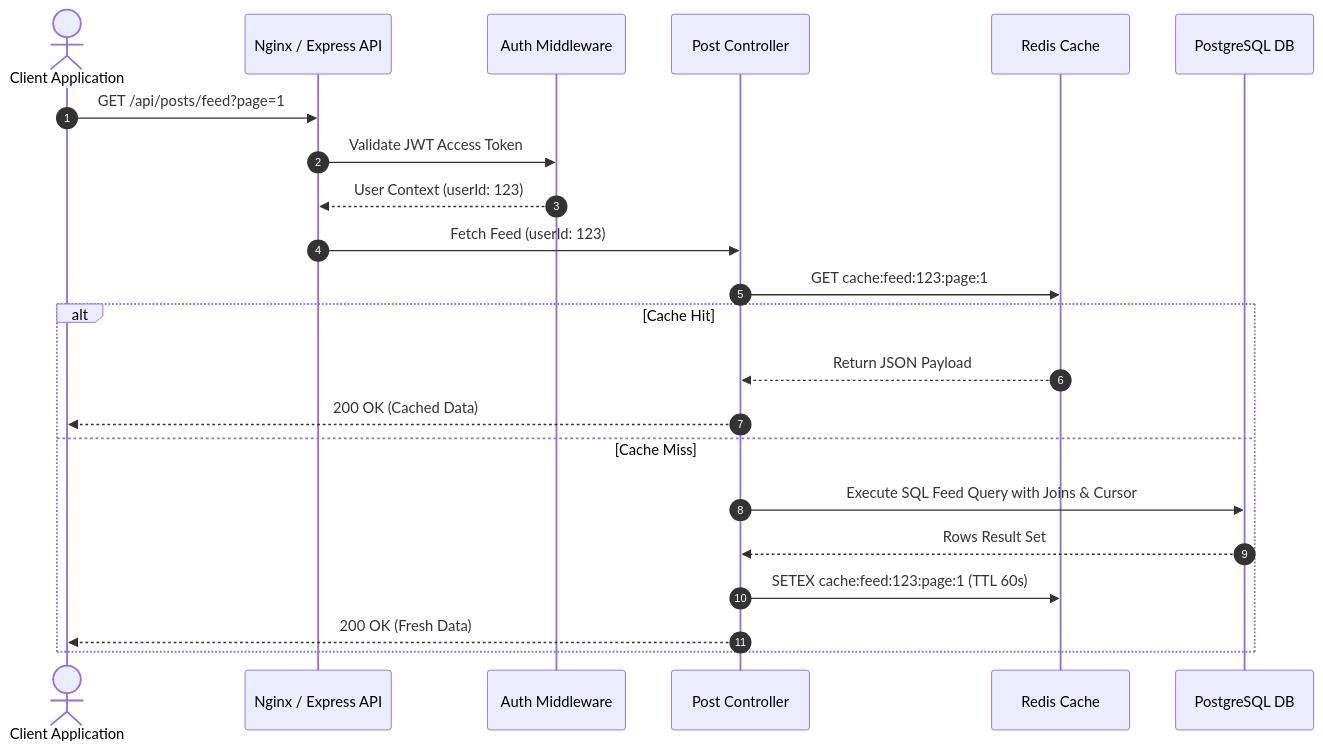
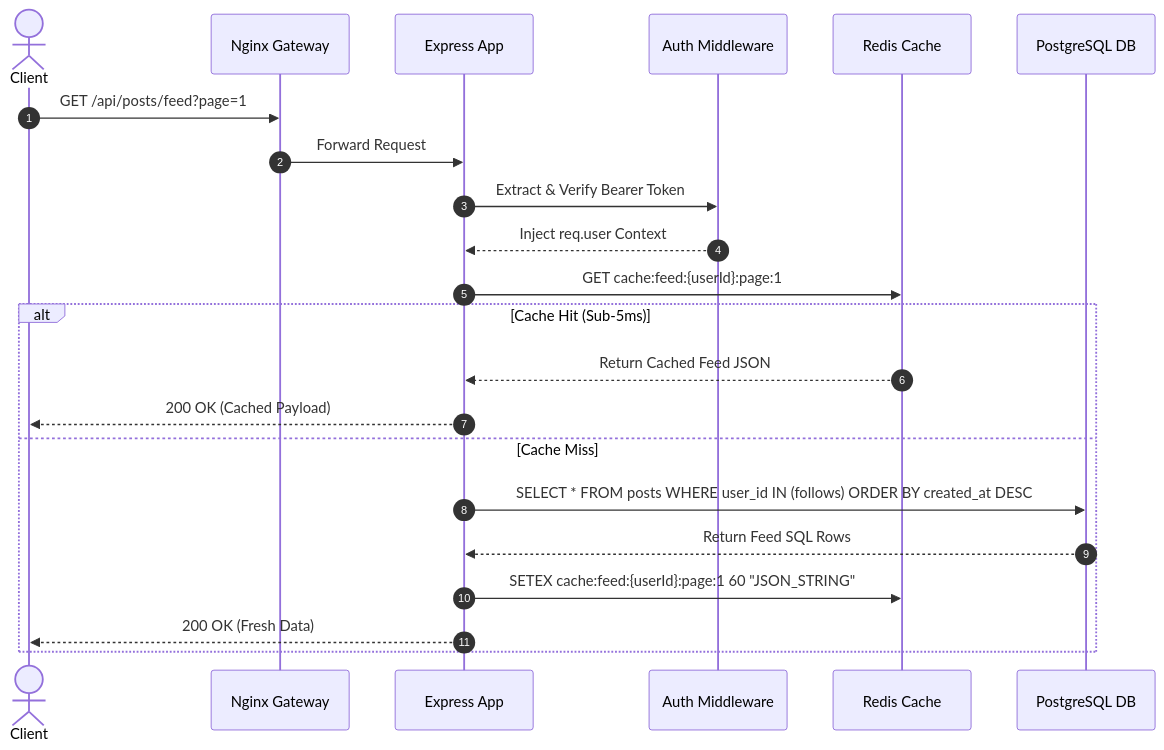
One commit to vinayak-kumar-12/InstaClone changed the second of 8 diagrams in ReadMe.md. Above: the diagram before and after it, drawn with Mermaid. The commit also changed other lines of this file, not shown here.

Commit message:
docs: update README with architectural details, improved technical descriptions, and increased k6 load testing metric to 50k VUs

````diff
--- a/ReadMe.md
+++ b/ReadMe.md
@@ -381,26 +398,26 @@
 ```mermaid
 sequenceDiagram
     autonumber
-    actor User as Client Application
-    participant Gateway as Nginx / Express API
+    actor Client
+    participant Nginx as Nginx Gateway
+    participant Express as Express App
     participant Auth as Auth Middleware
-    participant Controller as Post Controller
     participant Redis as Redis Cache
-    participant DB as PostgreSQL DB
+    participant Postgres as PostgreSQL DB
+
+    Client->>Nginx: GET /api/posts/feed?page=1
+    Nginx->>Express: Forward Request
+    Express->>Auth: Extract & Verify Bearer Token
+    Auth-->>Express: Inject req.user Context
+    Express->>Redis: GET cache:feed:{userId}:page:1
     
-    User->>Gateway: GET /api/posts/feed?page=1
-    Gateway->>Auth: Validate JWT Access Token
-    Auth-->>Gateway: User Context (userId: 123)
-    Gateway->>Controller: Fetch Feed (userId: 123)
-    Controller->>Redis: GET cache:feed:123:page:1
-    
-    alt Cache Hit
-        Redis-->>Controller: Return JSON Payload
-        Controller-->>User: 200 OK (Cached Data)
+    alt Cache Hit (Sub-5ms)
+        Redis-->>Express: Return Cached Feed JSON
+        Express-->>Client: 200 OK (Cached Payload)
     else Cache Miss
-        Controller->>DB: Execute SQL Feed Query with Joins & Cursor
-        DB-->>Controller: Rows Result Set
-        Controller->>Redis: SETEX cache:feed:123:page:1 (TTL 60s)
-        Controller-->>User: 200 OK (Fresh Data)
+        Express->>Postgres: SELECT * FROM posts WHERE user_id IN (follows) ORDER BY created_at DESC
+        Postgres-->>Express: Return Feed SQL Rows
+        Express->>Redis: SETEX cache:feed:{userId}:page:1 60 "JSON_STRING"
+        Express-->>Client: 200 OK (Fresh Data)
     end
 ```
````
